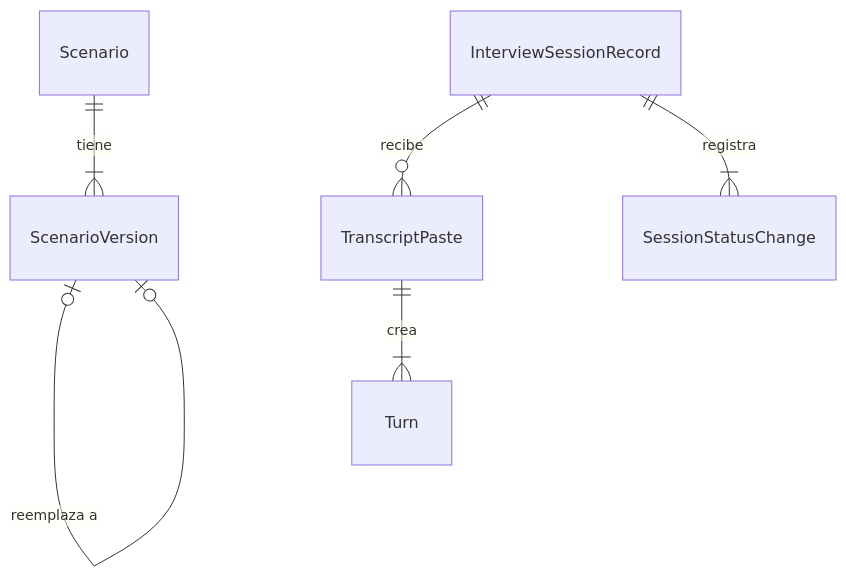
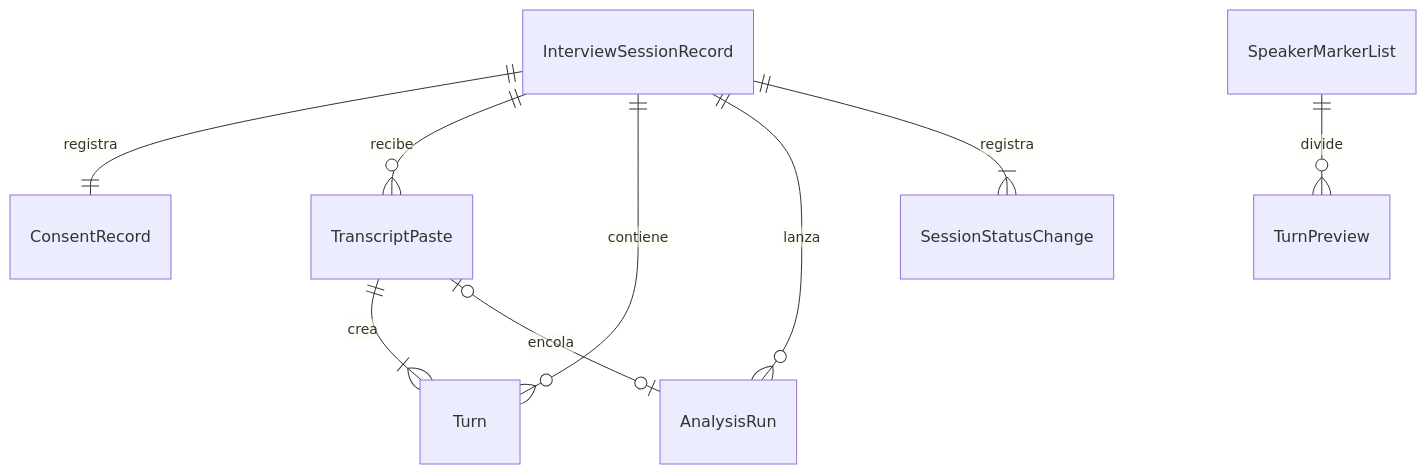
One commit to freyesJaveriana/tai changed the second of 2 diagrams in aidlc/spaces/default/intents/261002-veridicus-mvp/construction/session-lifecycle/functional-design/functional-spec.md. Above: the diagram before and after it, drawn with Mermaid. The commit also changed other lines of this file and 12 other files, not shown here.

````diff
--- a/aidlc/spaces/default/intents/261002-veridicus-mvp/construction/session-lifecycle/functional-design/functional-spec.md
+++ b/aidlc/spaces/default/intents/261002-veridicus-mvp/construction/session-lifecycle/functional-design/functional-spec.md
@@ -112,8 +278,11 @@
 ```mermaid
 erDiagram
-  Scenario ||--|{ ScenarioVersion : "tiene"
-  ScenarioVersion |o--o| ScenarioVersion : "reemplaza a"
+  InterviewSessionRecord ||--|| ConsentRecord : "registra"
   InterviewSessionRecord ||--o{ TranscriptPaste : "recibe"
   TranscriptPaste ||--|{ Turn : "crea"
+  TranscriptPaste |o--o| AnalysisRun : "encola"
+  InterviewSessionRecord ||--o{ Turn : "contiene"
+  InterviewSessionRecord ||--o{ AnalysisRun : "lanza"
   InterviewSessionRecord ||--|{ SessionStatusChange : "registra"
+  SpeakerMarkerList ||--o{ TurnPreview : "divide"
 ```
````
